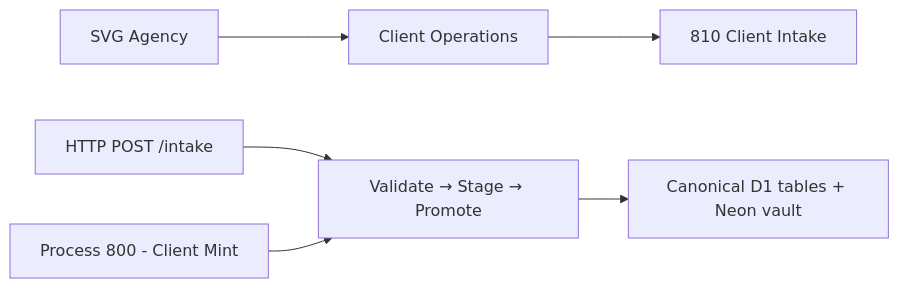
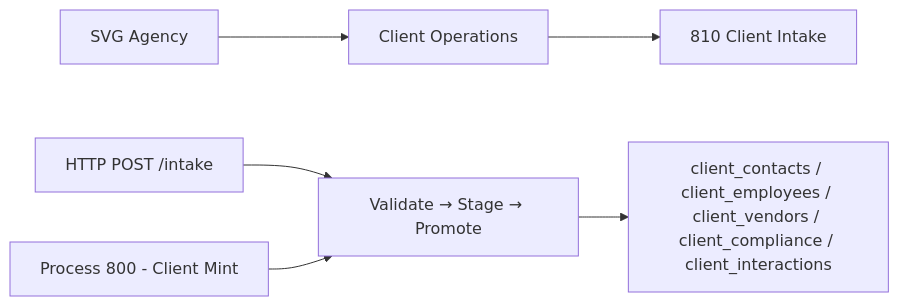
One commit to djb258/Barton-Processes changed the first of 2 diagrams in factory/client/810-client-intake/PROCESS-UT.md. Above: the diagram before and after it, drawn with Mermaid. The commit also changed other lines of this file and 10 other files, not shown here.

````diff
--- a/factory/client/810-client-intake/PROCESS-UT.md
+++ b/factory/client/810-client-intake/PROCESS-UT.md
@@ -84,8 +84,8 @@
 ```mermaid
 flowchart LR
   TRUNK[SVG Agency] --> BRANCH[Client Operations]
   BRANCH --> LEAF[810 Client Intake]
   RIM_IN[HTTP POST /intake] --> HUB[Validate → Stage → Promote]
-  HUB --> RIM_OUT[Canonical D1 tables + Neon vault]
+  HUB --> SPOKES[client_contacts / client_employees / client_vendors / client_compliance / client_interactions]
   SPOKE[Process 800 - Client Mint] --> HUB
 ```
````
